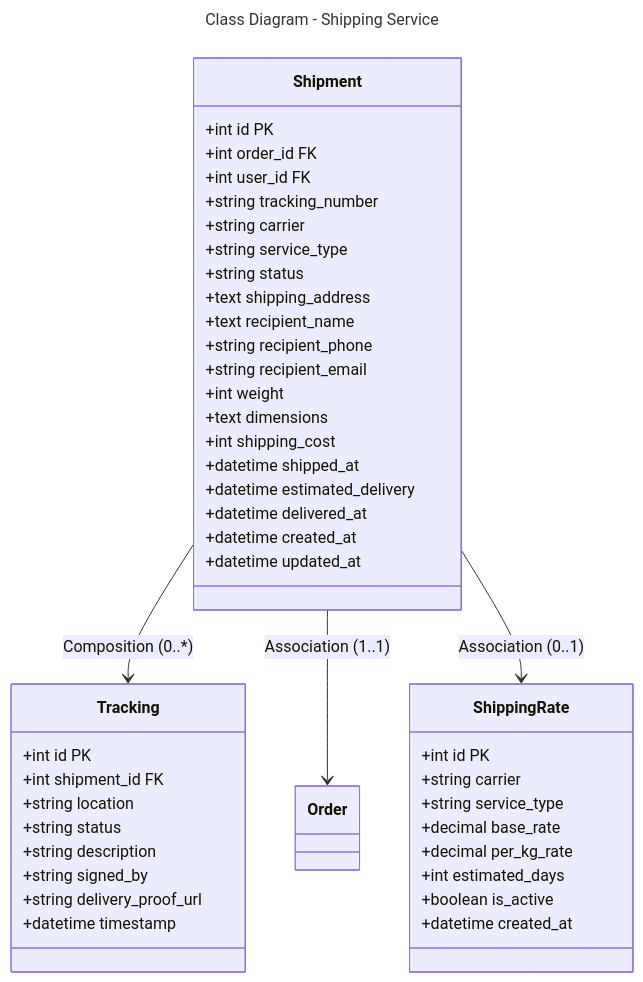
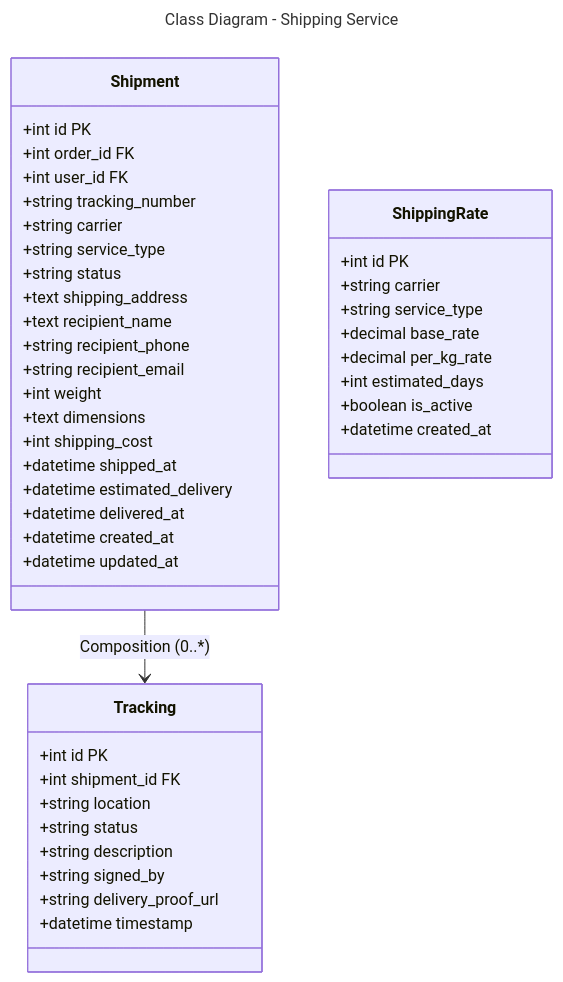
The diagram in docs/diagrams/class/shipping-service.md (Trannaaanhh/ecom), drawn with Mermaid before and after one commit. The commit also changed other lines of this file and 11 other files, not shown here.

````diff
--- a/docs/diagrams/class/shipping-service.md
+++ b/docs/diagrams/class/shipping-service.md
@@ -1,53 +1,51 @@
 ```mermaid
 ---
 title: Class Diagram - Shipping Service
 ---
 classDiagram
     class Shipment {
         +int id PK
         +int order_id FK
         +int user_id FK
         +string tracking_number
         +string carrier
         +string service_type
         +string status
         +text shipping_address
         +text recipient_name
         +string recipient_phone
         +string recipient_email
         +int weight
         +text dimensions
         +int shipping_cost
         +datetime shipped_at
         +datetime estimated_delivery
         +datetime delivered_at
         +datetime created_at
         +datetime updated_at
     }
     
     class Tracking {
         +int id PK
         +int shipment_id FK
         +string location
         +string status
         +string description
         +string signed_by
         +string delivery_proof_url
         +datetime timestamp
     }
     
     class ShippingRate {
         +int id PK
         +string carrier
         +string service_type
         +decimal base_rate
         +decimal per_kg_rate
         +int estimated_days
         +boolean is_active
         +datetime created_at
     }
     
     Shipment --> Tracking : Composition (0..*)
-    Shipment --> Order : Association (1..1)
-    Shipment --> ShippingRate : Association (0..1)
 ```
````
